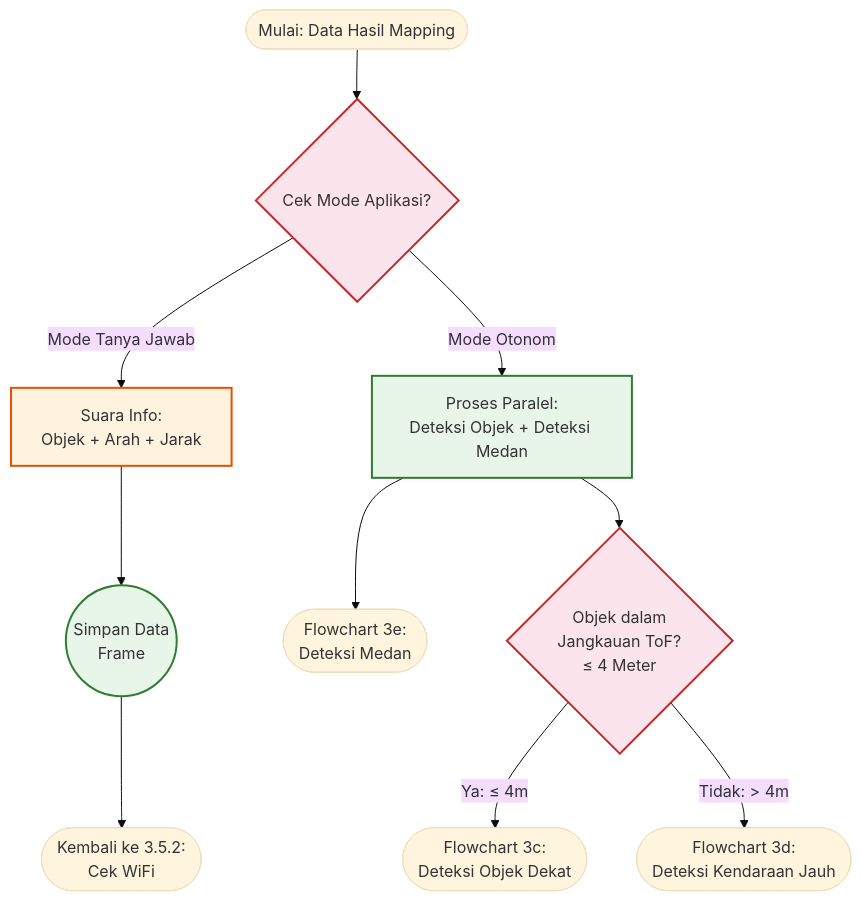
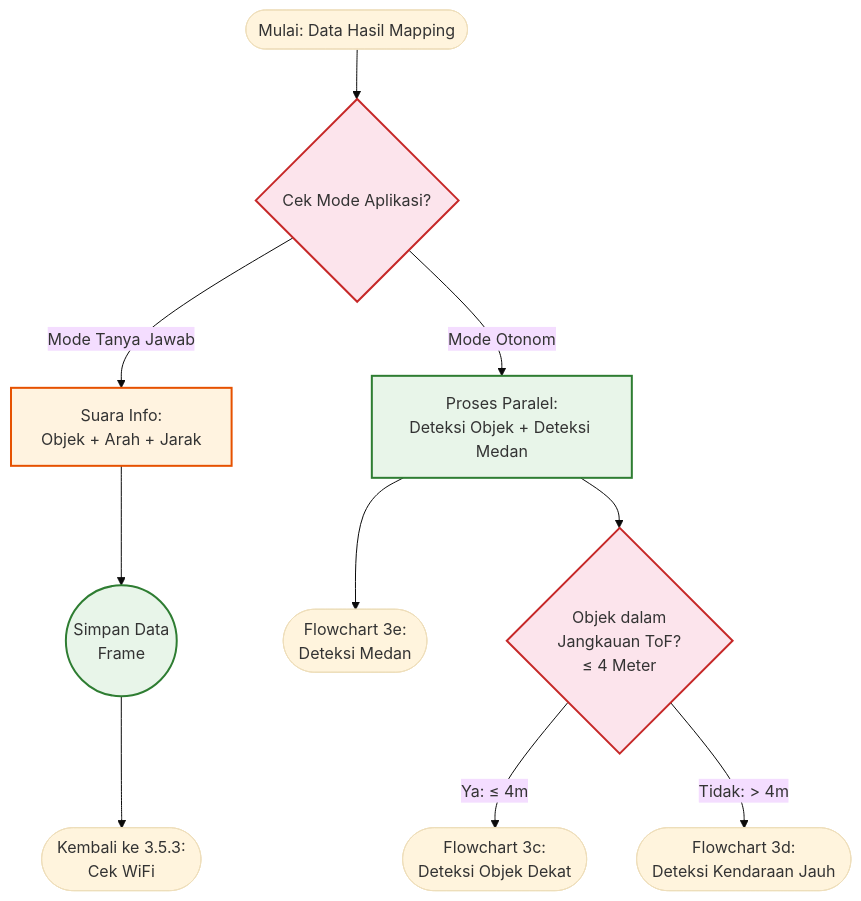
Before and after one commit to aan-andiyanaS/draf: the sixth of 10 diagrams in alur-logika.md, drawn with Mermaid (base theme). The commit also changed other lines of this file and 7 other files, not shown here.

Commit message:
edit all and add perangcangan diagram

````diff
--- a/alur-logika.md
+++ b/alur-logika.md
@@ -437,29 +438,29 @@
    ```mermaid
    flowchart TD
       START_OUTPUT([Mulai: Data Hasil Mapping]) --> CEK_MODE{Cek Mode Aplikasi?}
 
       %% Mode Tanya Jawab
       CEK_MODE -- Mode Tanya Jawab --> TTS_INFO[Suara Info:<br/>Objek + Arah + Jarak]
 
       %% Mode Otonom
       CEK_MODE -- Mode Otonom --> PARALEL[Proses Paralel:<br/>Deteksi Objek + Deteksi Medan]
 
       PARALEL --> CEK_JANGKAUAN{Objek dalam<br/>Jangkauan ToF?<br/>≤ 4 Meter}
       PARALEL --> GOTO_MEDAN([Flowchart 3e:<br/>Deteksi Medan])
 
       CEK_JANGKAUAN -- Ya: ≤ 4m --> GOTO_TOF([Flowchart 3c:<br/>Deteksi Objek Dekat])
       CEK_JANGKAUAN -- Tidak: > 4m --> GOTO_YOLO([Flowchart 3d:<br/>Deteksi Kendaraan Jauh])
 
       %% Akhir
       TTS_INFO --> SIMPAN((Simpan Data<br/>Frame))
-      SIMPAN --> KEMBALI([Kembali ke 3.5.2:<br/>Cek WiFi])
+      SIMPAN --> KEMBALI([Kembali ke 3.5.3:<br/>Cek WiFi])
 
       %% Styling
       classDef impl fill:#fff3e0,stroke:#e65100,stroke-width:2px;
       classDef decision fill:#fce4ec,stroke:#c62828,stroke-width:2px;
       classDef design fill:#e8f5e9,stroke:#2e7d32,stroke-width:2px;
 
       class TTS_INFO impl;
       class CEK_MODE,CEK_JANGKAUAN decision;
       class PARALEL,SIMPAN design;
    ```
````
